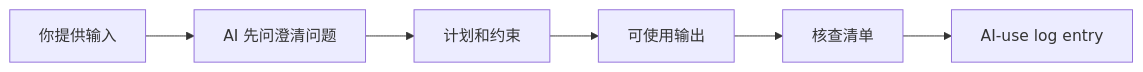
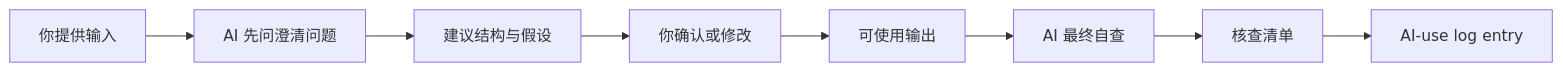
The first of 3 diagrams in ZH-中文-AI经济金融研究手册/中文内容/02-复制即用：AI研究指令与模板.md (SuperJayLiu/AI-for-Economics-and-Finance-Research), drawn with Mermaid before and after one commit. The commit also changed other lines of this file and 19 other files, not shown here.

````diff
--- a/ZH-中文-AI经济金融研究手册/中文内容/02-复制即用：AI研究指令与模板.md
+++ b/ZH-中文-AI经济金融研究手册/中文内容/02-复制即用：AI研究指令与模板.md
@@ -83,8 +117,10 @@
 ```mermaid
 flowchart LR
   I["你提供输入"] --> A["AI 先问澄清问题"]
-  A --> P["计划和约束"]
-  P --> O["可使用输出"]
-  O --> V["核查清单"]
+  A --> P["建议结构与假设"]
+  P --> C["你确认或修改"]
+  C --> O["可使用输出"]
+  O --> D["AI 最终自查"]
+  D --> V["核查清单"]
   V --> L["AI-use log entry"]
 ```
````
